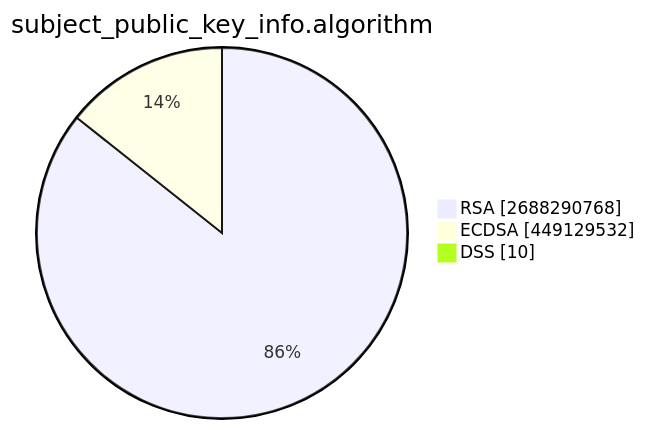
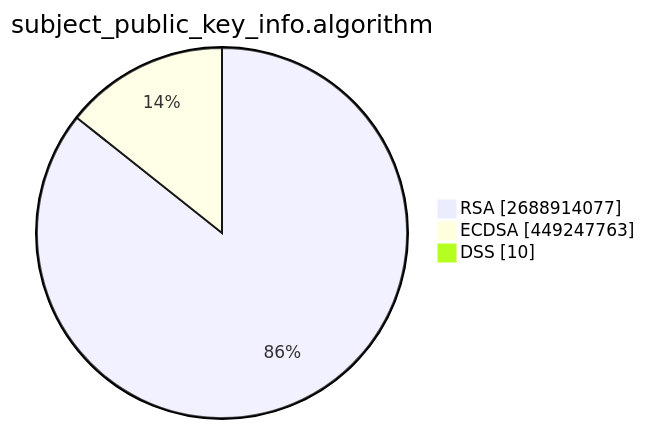
The second of 15 diagrams in TOTAL/README.md (christiankrug/ctmonitor_visualization), drawn with Mermaid before and after one commit. The commit also changed other lines of this file, not shown here.

````diff
--- a/TOTAL/README.md
+++ b/TOTAL/README.md
@@ -6,7 +6,7 @@
 ```mermaid
 pie showData
 title subject_public_key_info.algorithm
-"RSA" :2688290768
-"ECDSA" :449129532
+"RSA" :2688914077
+"ECDSA" :449247763
 "DSS" :10
 ```
````
